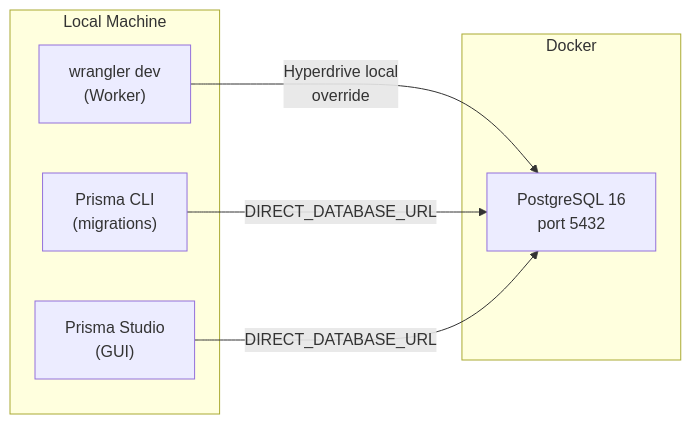
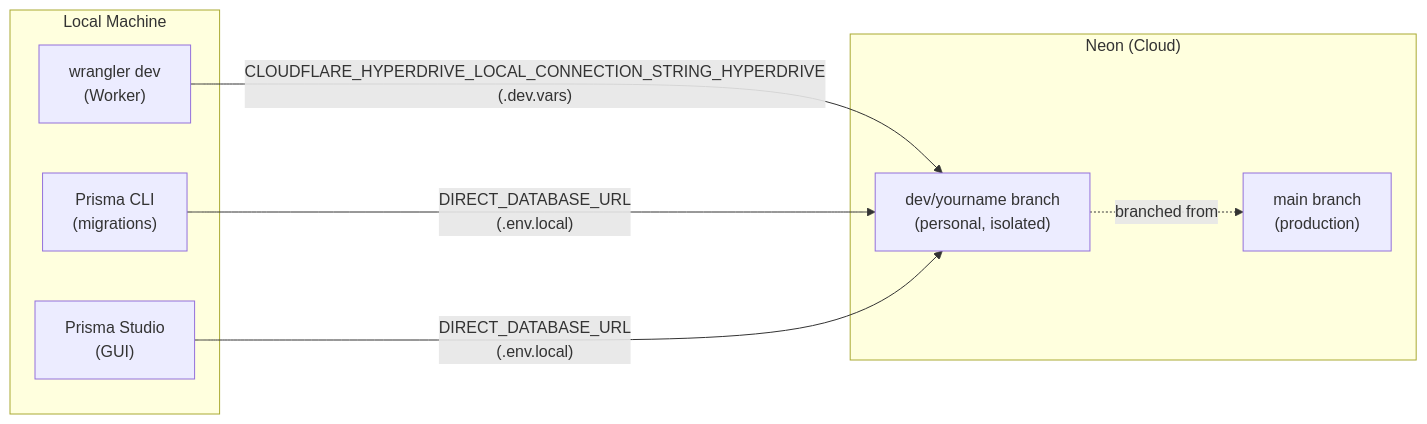
The diagram in docs/database-setup/local-dev.md (jaypatrick/adblock-compiler), drawn with Mermaid before and after one commit. The commit also changed other lines of this file and 9 other files, not shown here.

First line of the commit message:
chore: retire HYPERDRIVE_DEV, switch local dev to Neon branching, add D1 migration tracking doc

````diff
--- a/docs/database-setup/local-dev.md
+++ b/docs/database-setup/local-dev.md
@@ -26,16 +42,18 @@
 ```mermaid
 flowchart LR
     subgraph Local["Local Machine"]
         W["wrangler dev<br/>(Worker)"]
         P["Prisma CLI<br/>(migrations)"]
         S["Prisma Studio<br/>(GUI)"]
     end
 
-    subgraph Docker["Docker"]
-        PG["PostgreSQL 16<br/>port 5432"]
+    subgraph Neon["Neon (Cloud)"]
+        MB["main branch<br/>(production)"]
+        DB["dev/yourname branch<br/>(personal, isolated)"]
     end
 
-    W -->|"Hyperdrive local<br/>override"| PG
-    P -->|"DIRECT_DATABASE_URL"| PG
-    S -->|"DIRECT_DATABASE_URL"| PG
+    W -->|"CLOUDFLARE_HYPERDRIVE_LOCAL_CONNECTION_STRING_HYPERDRIVE<br/>(.dev.vars)"| DB
+    P -->|"DIRECT_DATABASE_URL<br/>(.env.local)"| DB
+    S -->|"DIRECT_DATABASE_URL<br/>(.env.local)"| DB
+    DB -.->|"branched from"| MB
 ```
````
